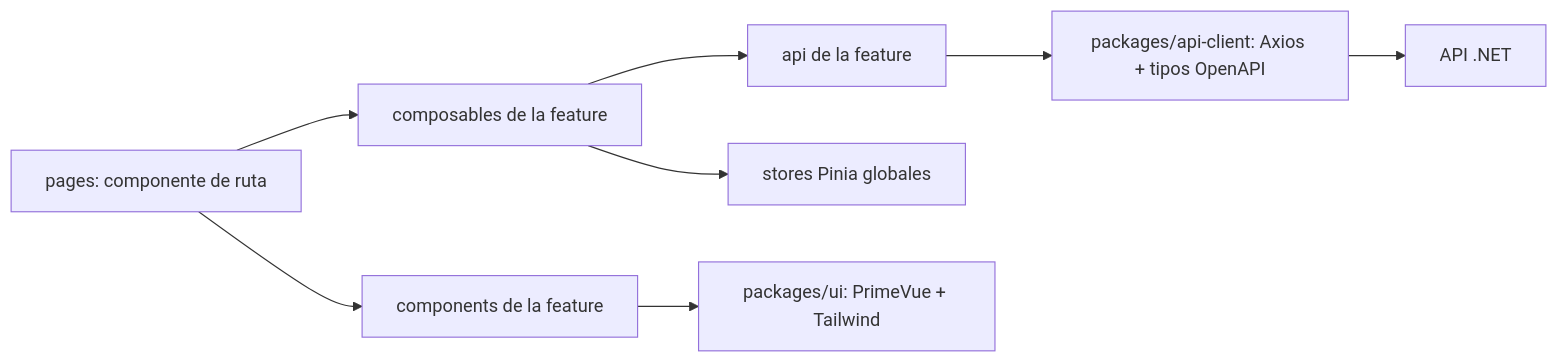
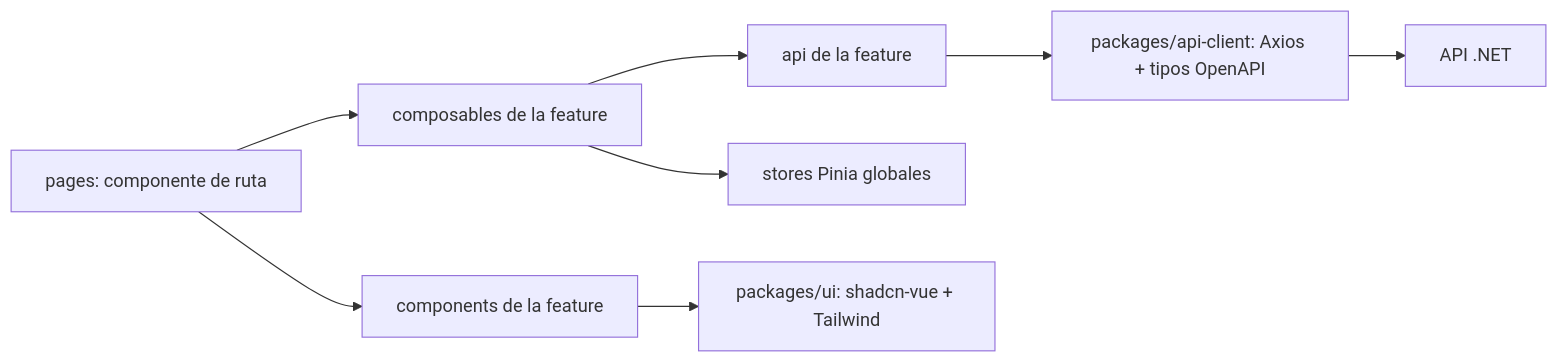
The diagram in ARQUITECTURA_FRONTEND.md (YonatanLLa/-loan_system), drawn with Mermaid before and after one commit. The commit also changed other lines of this file and 5 other files, not shown here.

First line of the commit message:
Docs: alinea la arquitectura frontend con shadcn-vue

````diff
--- a/ARQUITECTURA_FRONTEND.md
+++ b/ARQUITECTURA_FRONTEND.md
@@ -144,10 +145,10 @@
 ```mermaid
 flowchart LR
     Page["pages: componente de ruta"] --> Comp["components de la feature"]
     Page --> Composable["composables de la feature"]
     Composable --> Api["api de la feature"]
     Composable --> Store["stores Pinia globales"]
     Api --> Client["packages/api-client: Axios + tipos OpenAPI"]
     Client --> Backend["API .NET"]
-    Comp --> UI["packages/ui: PrimeVue + Tailwind"]
+    Comp --> UI["packages/ui: shadcn-vue + Tailwind"]
 ```
````
